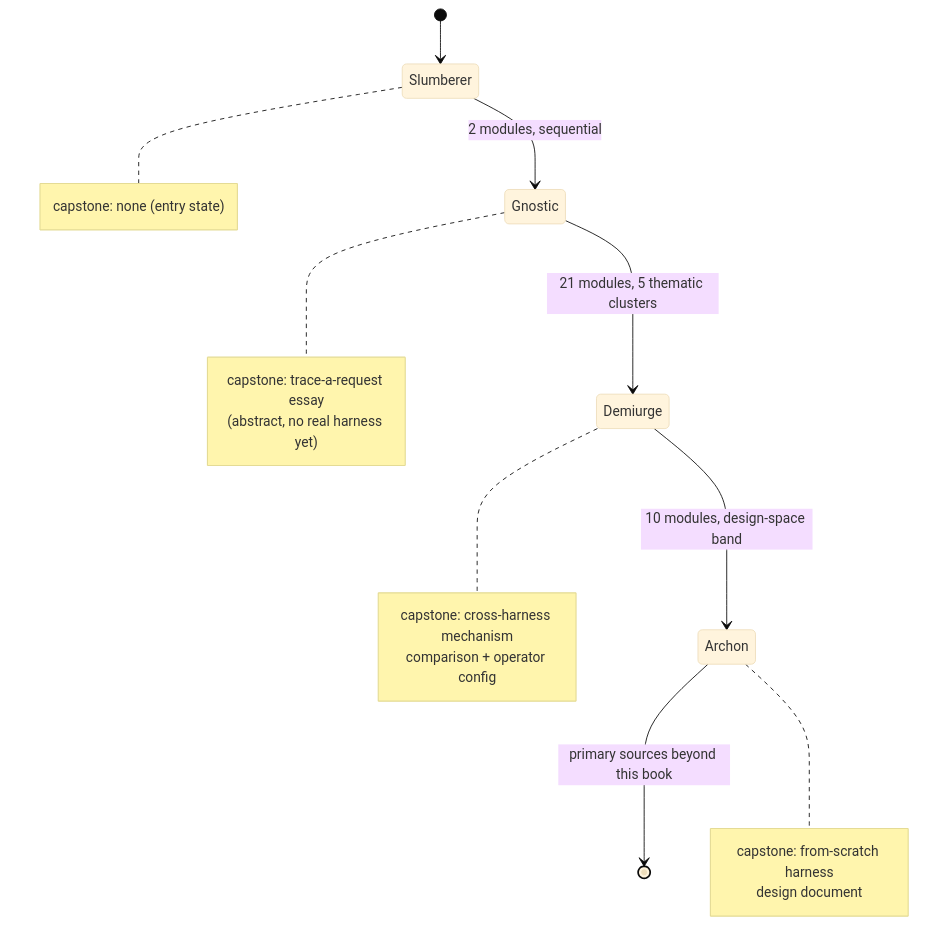
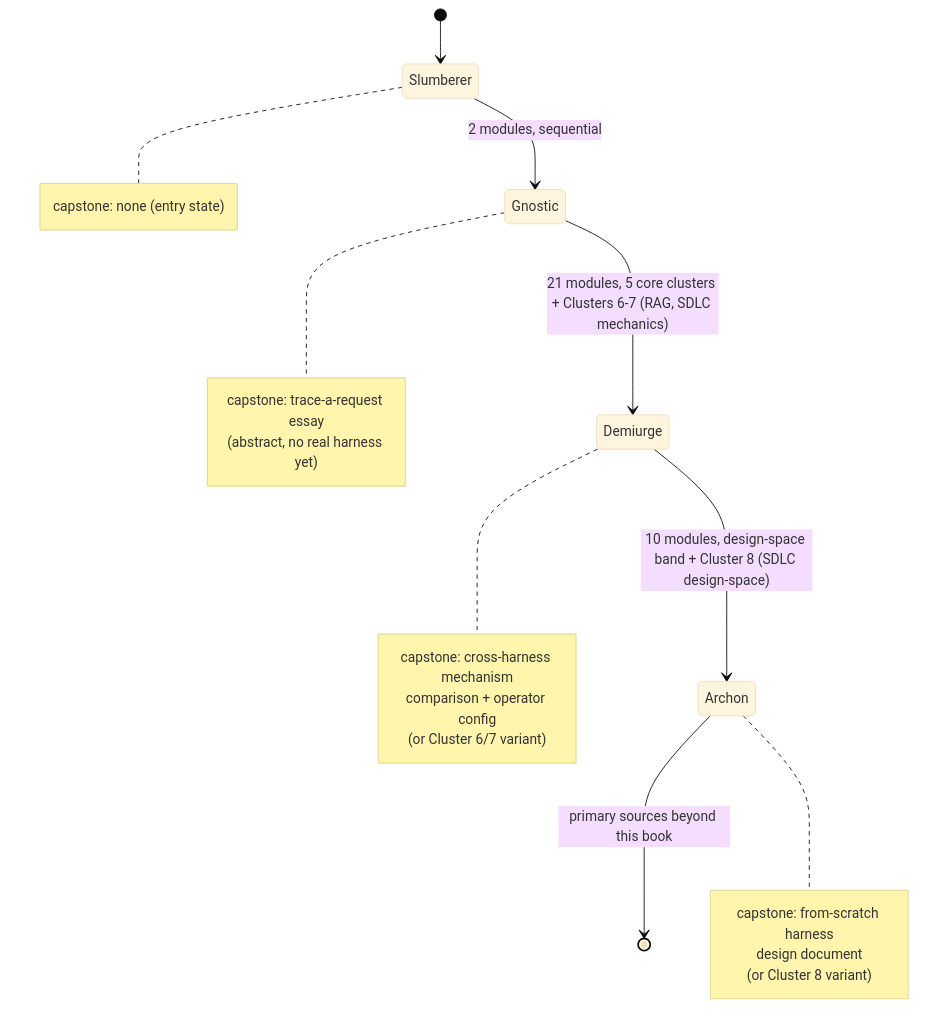
One commit to sfernandezplain/AIrchon changed the first of 2 diagrams in references/harnesses/knowledge-path-curriculum.md. Above: the diagram before and after it, drawn with Mermaid (base theme). The commit also changed other lines of this file and 9 other files, not shown here.

````diff
--- a/references/harnesses/knowledge-path-curriculum.md
+++ b/references/harnesses/knowledge-path-curriculum.md
@@ -33,23 +49,25 @@
 ```mermaid
 stateDiagram-v2
     [*] --> Slumberer
     Slumberer --> Gnostic: 2 modules, sequential
-    Gnostic --> Demiurge: 21 modules, 5 thematic clusters
-    Demiurge --> Archon: 10 modules, design-space band
+    Gnostic --> Demiurge: 21 modules, 5 core clusters + Clusters 6-7 (RAG, SDLC mechanics)
+    Demiurge --> Archon: 10 modules, design-space band + Cluster 8 (SDLC design-space)
     Archon --> [*]: primary sources beyond this book
     note right of Slumberer
         capstone: none (entry state)
     end note
     note right of Gnostic
         capstone: trace-a-request essay
         (abstract, no real harness yet)
     end note
     note right of Demiurge
         capstone: cross-harness mechanism
         comparison + operator config
+        (or Cluster 6/7 variant)
     end note
     note right of Archon
         capstone: from-scratch harness
         design document
+        (or Cluster 8 variant)
     end note
 ```
````
